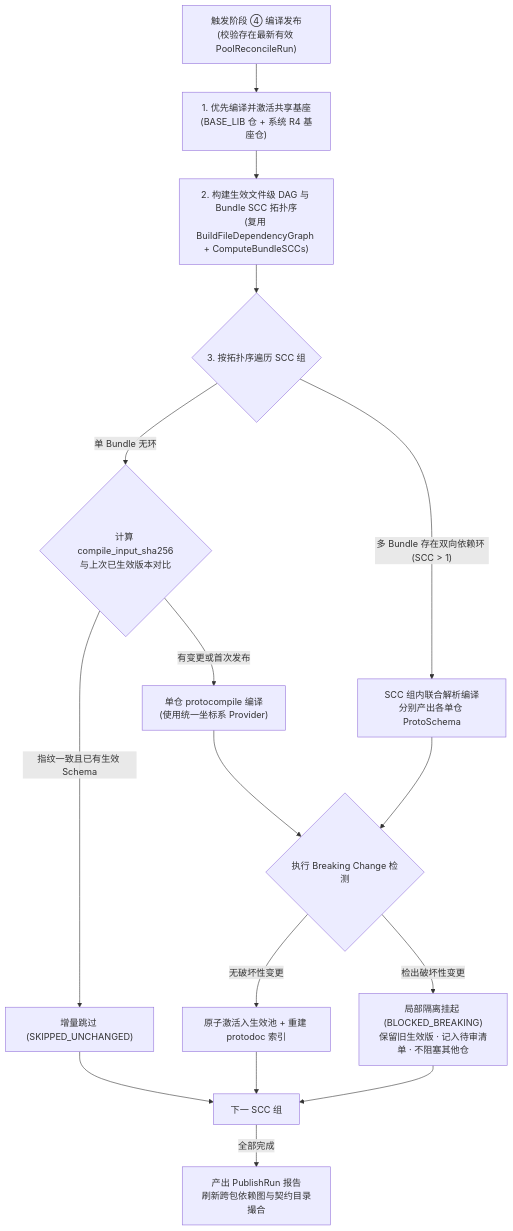
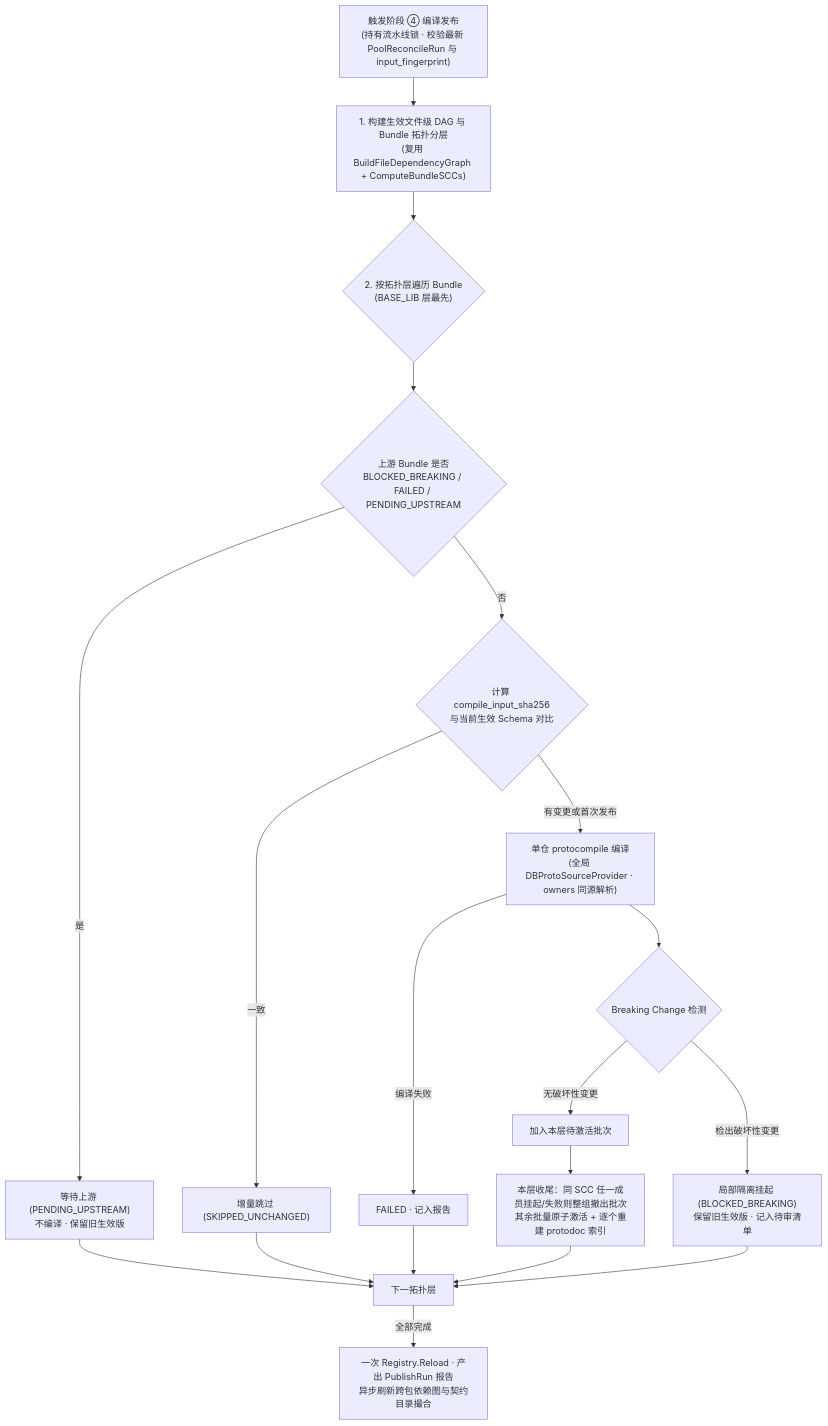
Before and after one commit to fugui/code-contract: the second of 2 diagrams in docs/05-adr/29-proto-contract-pipeline-closure-and-ia-redesign-adr.md, drawn with Mermaid. The commit also changed other lines of this file, not shown here.

Commit message:
docs(adr): 修订 ADR-29 至 r3，补齐 R3 同源解析、破坏性挂起下游传播、收敛快照校验与激活入口收口

````diff
--- a/docs/05-adr/29-proto-contract-pipeline-closure-and-ia-redesign-adr.md
+++ b/docs/05-adr/29-proto-contract-pipeline-closure-and-ia-redesign-adr.md
@@ -142,18 +174,21 @@
 ```mermaid
 flowchart TD
-    Start["触发阶段 ④ 编译发布<br/>(校验存在最新有效 PoolReconcileRun)"] --> Step1["1. 优先编译并激活共享基座<br/>(BASE_LIB 仓 + 系统 R4 基座仓)"]
-    Step1 --> Step2["2. 构建生效文件级 DAG 与 Bundle SCC 拓扑序<br/>(复用 BuildFileDependencyGraph + ComputeBundleSCCs)"]
-    Step2 --> Loop{"3. 按拓扑序遍历 SCC 组"}
-    Loop -->|"单 Bundle 无环"| CheckHash{"计算 compile_input_sha256<br/>与上次已生效版本对比"}
-    CheckHash -->|"指纹一致且已有生效 Schema"| Skip["增量跳过 (SKIPPED_UNCHANGED)"]
-    CheckHash -->|"有变更或首次发布"| Compile["单仓 protocompile 编译<br/>(使用统一坐标系 Provider)"]
-    Loop -->|"多 Bundle 存在双向依赖环 (SCC > 1)"| CoCompile["SCC 组内联合解析编译<br/>分别产出各单仓 ProtoSchema"]
-    Compile --> Breaking{"执行 Breaking Change 检测"}
-    CoCompile --> Breaking
-    Breaking -->|"无破坏性变更"| Activate["原子激活入生效池 + 重建 protodoc 索引"]
-    Breaking -->|"检出破坏性变更"| Hold["局部隔离挂起 (BLOCKED_BREAKING)<br/>保留旧生效版 · 记入待审清单 · 不阻塞其他仓"]
-    Skip --> Next["下一 SCC 组"]
-    Activate --> Next
+    Start["触发阶段 ④ 编译发布<br/>(持有流水线锁 · 校验最新 PoolReconcileRun 与 input_fingerprint)"] --> Step1["1. 构建生效文件级 DAG 与 Bundle 拓扑分层<br/>(复用 BuildFileDependencyGraph + ComputeBundleSCCs)"]
+    Step1 --> Loop{"2. 按拓扑层遍历 Bundle<br/>(BASE_LIB 层最先)"}
+    Loop --> Upstream{"上游 Bundle 是否<br/>BLOCKED_BREAKING / FAILED / PENDING_UPSTREAM"}
+    Upstream -->|"是"| Wait["等待上游 (PENDING_UPSTREAM)<br/>不编译 · 保留旧生效版"]
+    Upstream -->|"否"| CheckHash{"计算 compile_input_sha256<br/>与当前生效 Schema 对比"}
+    CheckHash -->|"一致"| Skip["增量跳过 (SKIPPED_UNCHANGED)"]
+    CheckHash -->|"有变更或首次发布"| Compile["单仓 protocompile 编译<br/>(全局 DBProtoSourceProvider · owners 同源解析)"]
+    Compile -->|"编译失败"| Fail["FAILED · 记入报告"]
+    Compile --> Breaking{"Breaking Change 检测"}
+    Breaking -->|"无破坏性变更"| Stage["加入本层待激活批次"]
+    Breaking -->|"检出破坏性变更"| Hold["局部隔离挂起 (BLOCKED_BREAKING)<br/>保留旧生效版 · 记入待审清单"]
+    Stage --> LayerEnd["本层收尾：同 SCC 任一成员挂起/失败则整组撤出批次<br/>其余批量原子激活 + 逐个重建 protodoc 索引"]
+    Skip --> Next["下一拓扑层"]
+    Wait --> Next
+    Fail --> Next
     Hold --> Next
-    Next -->|"全部完成"| Summary["产出 PublishRun 报告<br/>刷新跨包依赖图与契约目录撮合"]
+    LayerEnd --> Next
+    Next -->|"全部完成"| Summary["一次 Registry.Reload · 产出 PublishRun 报告<br/>异步刷新跨包依赖图与契约目录撮合"]
 ```
````
